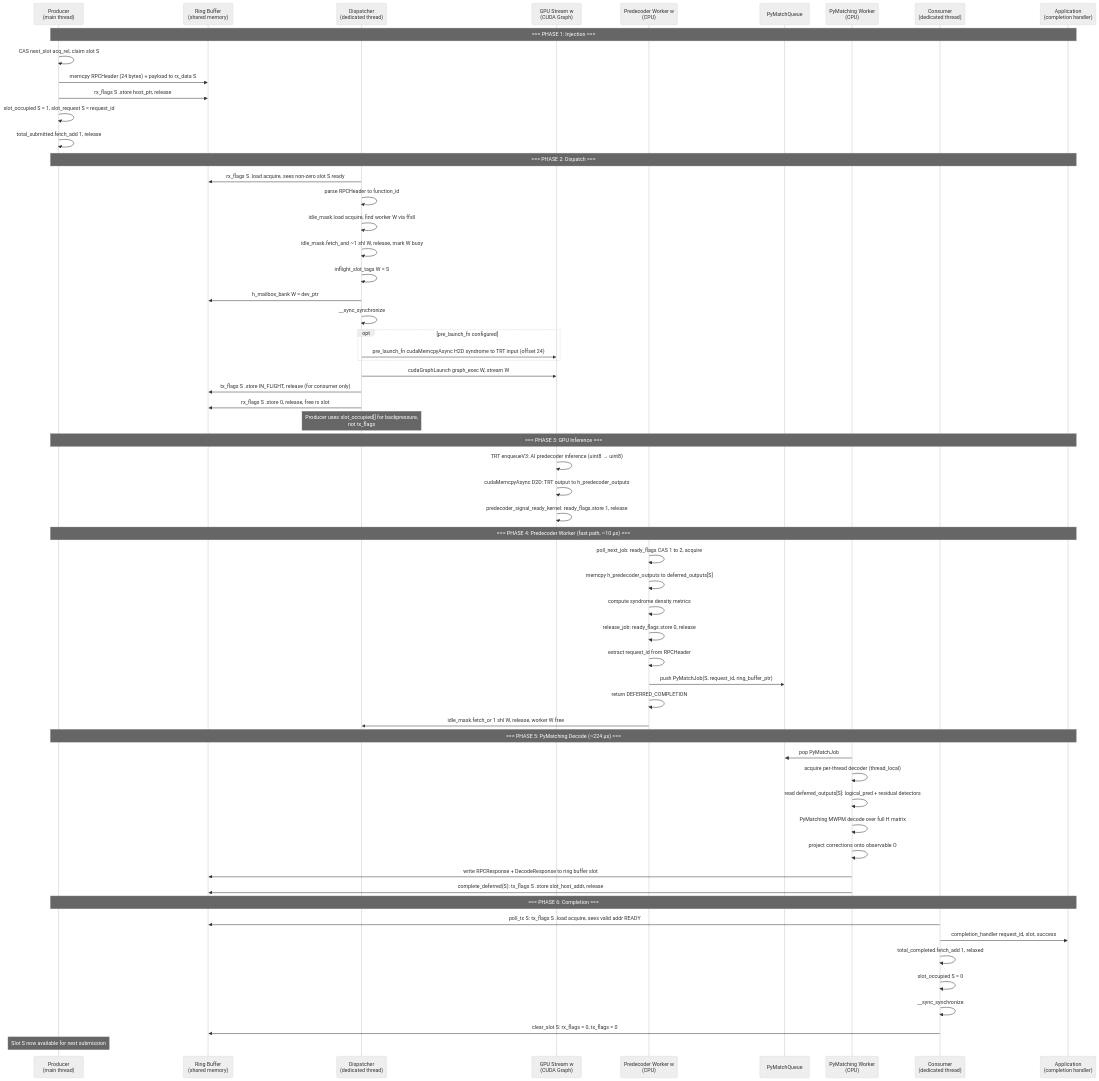
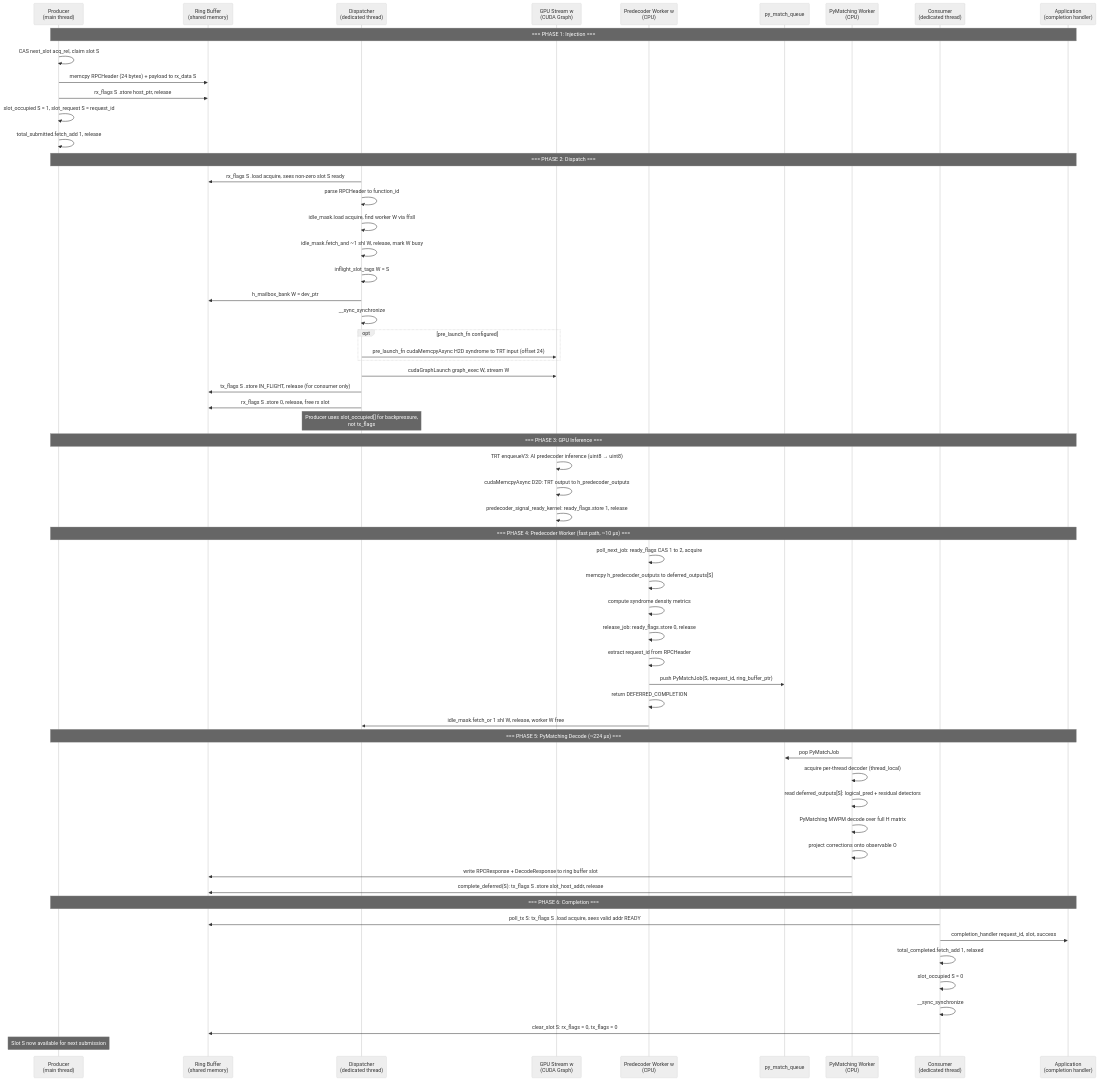
The third of 8 diagrams in libs/qec/lib/realtime/realtime_pipeline_architecture.md (wsttiger/cudaqx), drawn with Mermaid (neutral theme) before and after one commit. The commit also changed other lines of this file and 1 other file, not shown here.

Commit message:
Updated docs to match the snake case and namespaces

````diff
--- a/libs/qec/lib/realtime/realtime_pipeline_architecture.md
+++ b/libs/qec/lib/realtime/realtime_pipeline_architecture.md
@@ -138,76 +138,76 @@
 ```mermaid
 sequenceDiagram
     participant Prod as Producer<br>(main thread)
     participant RB as Ring Buffer<br>(shared memory)
     participant Disp as Dispatcher<br>(dedicated thread)
     participant GPU as GPU Stream w<br>(CUDA Graph)
     participant PDW as Predecoder Worker w<br>(CPU)
-    participant PMQ as PyMatchQueue
+    participant PMQ as py_match_queue
     participant PMW as PyMatching Worker<br>(CPU)
     participant Cons as Consumer<br>(dedicated thread)
     participant App as Application<br>(completion handler)
 
     Note over Prod,App: === PHASE 1: Injection ===
 
     Prod->>Prod: CAS next_slot acq_rel, claim slot S
     Prod->>RB: memcpy RPCHeader (24 bytes) + payload to rx_data S
     Prod->>RB: rx_flags S .store host_ptr, release
     Prod->>Prod: slot_occupied S = 1, slot_request S = request_id
     Prod->>Prod: total_submitted.fetch_add 1, release
 
     Note over Prod,App: === PHASE 2: Dispatch ===
 
     Disp->>RB: rx_flags S .load acquire, sees non-zero slot S ready
     Disp->>Disp: parse RPCHeader to function_id
     Disp->>Disp: idle_mask.load acquire, find worker W via ffsll
     Disp->>Disp: idle_mask.fetch_and ~1 shl W, release, mark W busy
     Disp->>Disp: inflight_slot_tags W = S
     Disp->>RB: h_mailbox_bank W = dev_ptr
     Disp->>Disp: __sync_synchronize
 
     opt pre_launch_fn configured
         Disp->>GPU: pre_launch_fn cudaMemcpyAsync H2D syndrome to TRT input (offset 24)
     end
 
     Disp->>GPU: cudaGraphLaunch graph_exec W, stream W
     Disp->>RB: tx_flags S .store IN_FLIGHT, release (for consumer only)
     Disp->>RB: rx_flags S .store 0, release, free rx slot
     Note over Disp: Producer uses slot_occupied[] for backpressure,<br>not tx_flags
 
     Note over Prod,App: === PHASE 3: GPU Inference ===
 
     GPU->>GPU: TRT enqueueV3: AI predecoder inference (uint8 → uint8)
     GPU->>GPU: cudaMemcpyAsync D2D: TRT output to h_predecoder_outputs
     GPU->>GPU: predecoder_signal_ready_kernel: ready_flags.store 1, release
 
     Note over Prod,App: === PHASE 4: Predecoder Worker (fast path, ~10 µs) ===
 
     PDW->>PDW: poll_next_job: ready_flags CAS 1 to 2, acquire
     PDW->>PDW: memcpy h_predecoder_outputs to deferred_outputs[S]
     PDW->>PDW: compute syndrome density metrics
     PDW->>PDW: release_job: ready_flags.store 0, release
     PDW->>PDW: extract request_id from RPCHeader
     PDW->>PMQ: push PyMatchJob(S, request_id, ring_buffer_ptr)
     PDW->>PDW: return DEFERRED_COMPLETION
     PDW->>Disp: idle_mask.fetch_or 1 shl W, release, worker W free
 
     Note over Prod,App: === PHASE 5: PyMatching Decode (~224 µs) ===
 
     PMW->>PMQ: pop PyMatchJob
     PMW->>PMW: acquire per-thread decoder (thread_local)
     PMW->>PMW: read deferred_outputs[S]: logical_pred + residual detectors
     PMW->>PMW: PyMatching MWPM decode over full H matrix
     PMW->>PMW: project corrections onto observable O
     PMW->>RB: write RPCResponse + DecodeResponse to ring buffer slot
     PMW->>RB: complete_deferred(S): tx_flags S .store slot_host_addr, release
 
     Note over Prod,App: === PHASE 6: Completion ===
 
     Cons->>RB: poll_tx S: tx_flags S .load acquire, sees valid addr READY
     Cons->>App: completion_handler request_id, slot, success
     Cons->>Cons: total_completed.fetch_add 1, relaxed
     Cons->>Cons: slot_occupied S = 0
     Cons->>Cons: __sync_synchronize
     Cons->>RB: clear_slot S: rx_flags = 0, tx_flags = 0
     Note over Prod: Slot S now available for next submission
 ```
````
